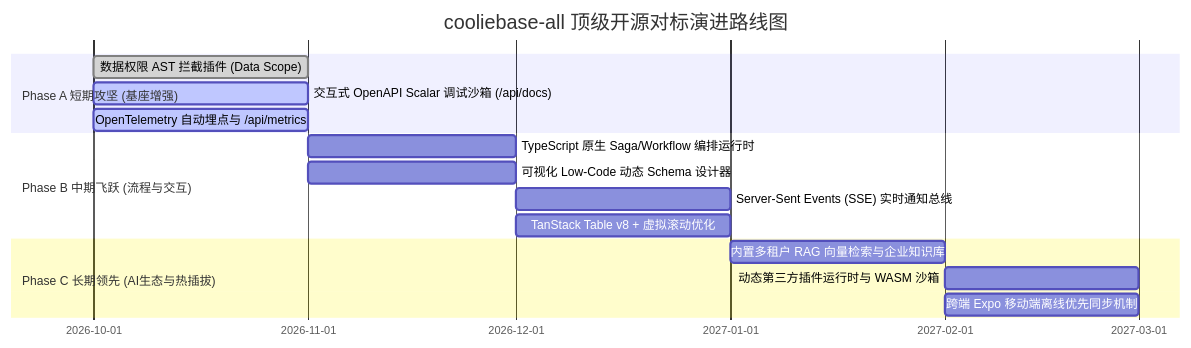
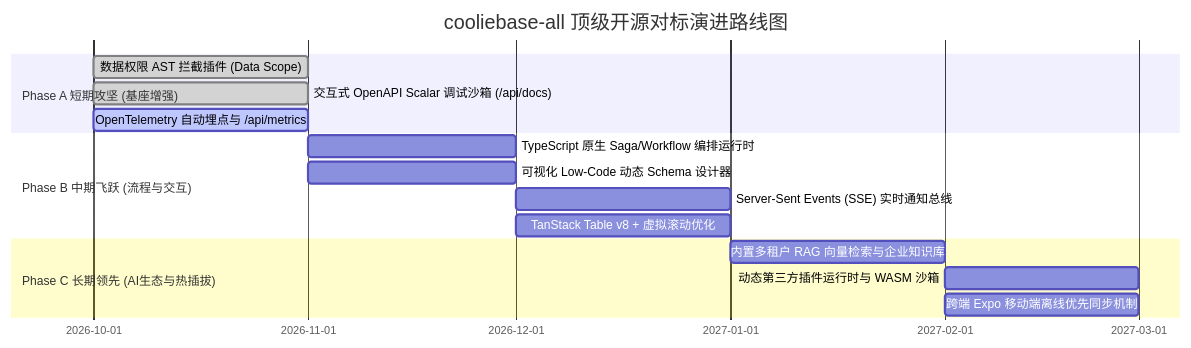
One commit to xaicd/cooliebase-all changed the second of 2 diagrams in docs/architecture/BENCHMARK-GAP-ANALYSIS-AND-CONTINUOUS-IMPROVEMENT.md. Above: the diagram before and after it, drawn with Mermaid. The commit also changed 39 other files, not shown here.

````diff
--- a/docs/architecture/BENCHMARK-GAP-ANALYSIS-AND-CONTINUOUS-IMPROVEMENT.md
+++ b/docs/architecture/BENCHMARK-GAP-ANALYSIS-AND-CONTINUOUS-IMPROVEMENT.md
@@ -118,18 +118,18 @@
 ```mermaid
 gantt
     title cooliebase-all 顶级开源对标演进路线图
     dateFormat  YYYY-MM
     section Phase A 短期攻坚 (基座增强)
     数据权限 AST 拦截插件 (Data Scope)     :done, p1, 2026-10, 2026-11
-    交互式 OpenAPI Scalar 调试沙箱 (/api/docs) :active, p2, 2026-10, 2026-11
+    交互式 OpenAPI Scalar 调试沙箱 (/api/docs) :done, p2, 2026-10, 2026-11
     OpenTelemetry 自动埋点与 /api/metrics   :active, p3, 2026-10, 2026-11
     section Phase B 中期飞跃 (流程与交互)
     TypeScript 原生 Saga/Workflow 编排运行时  :p4, 2026-11, 2026-12
     可视化 Low-Code 动态 Schema 设计器       :p5, 2026-11, 2026-12
     Server-Sent Events (SSE) 实时通知总线   :p6, 2026-12, 2027-01
     TanStack Table v8 + 虚拟滚动优化        :p7, 2026-12, 2027-01
     section Phase C 长期领先 (AI生态与热插拔)
     内置多租户 RAG 向量检索与企业知识库     :p8, 2027-01, 2027-02
     动态第三方插件运行时与 WASM 沙箱        :p9, 2027-02, 2027-03
     跨端 Expo 移动端离线优先同步机制         :p10, 2027-02, 2027-03
 ```
````
